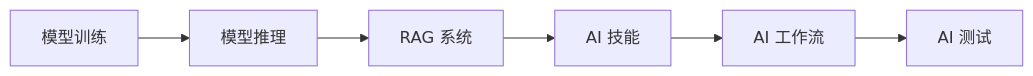
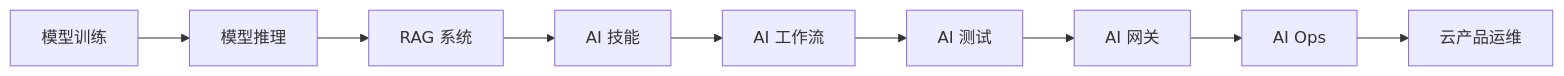
The diagram in 07_AI_Engineering/README.md (CloudManHQ/CloudMaster), drawn with Mermaid before and after one commit. The commit also changed other lines of this file and 14 other files, not shown here.

````diff
--- a/07_AI_Engineering/README.md
+++ b/07_AI_Engineering/README.md
@@ -35,8 +35,11 @@
 ```mermaid
 flowchart LR
     A[模型训练] --> B[模型推理]
     B --> C[RAG 系统]
     C --> D[AI 技能]
     D --> E[AI 工作流]
     E --> F[AI 测试]
+    F --> G[AI 网关]
+    G --> H[AI Ops]
+    H --> I[云产品运维]
 ```
````
